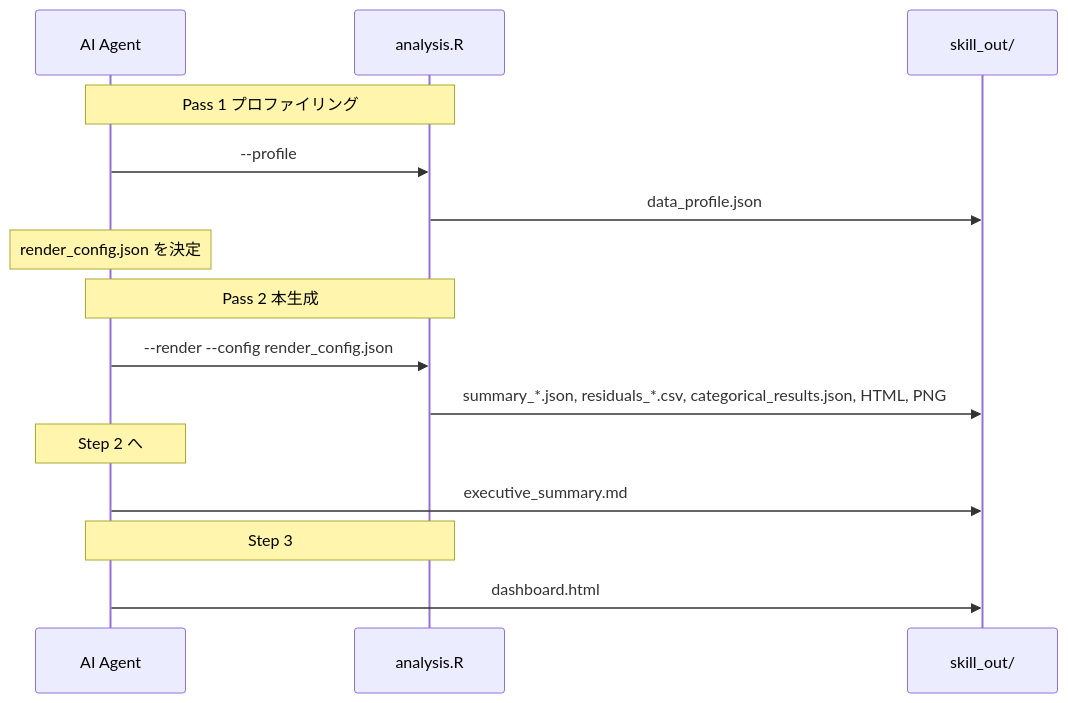
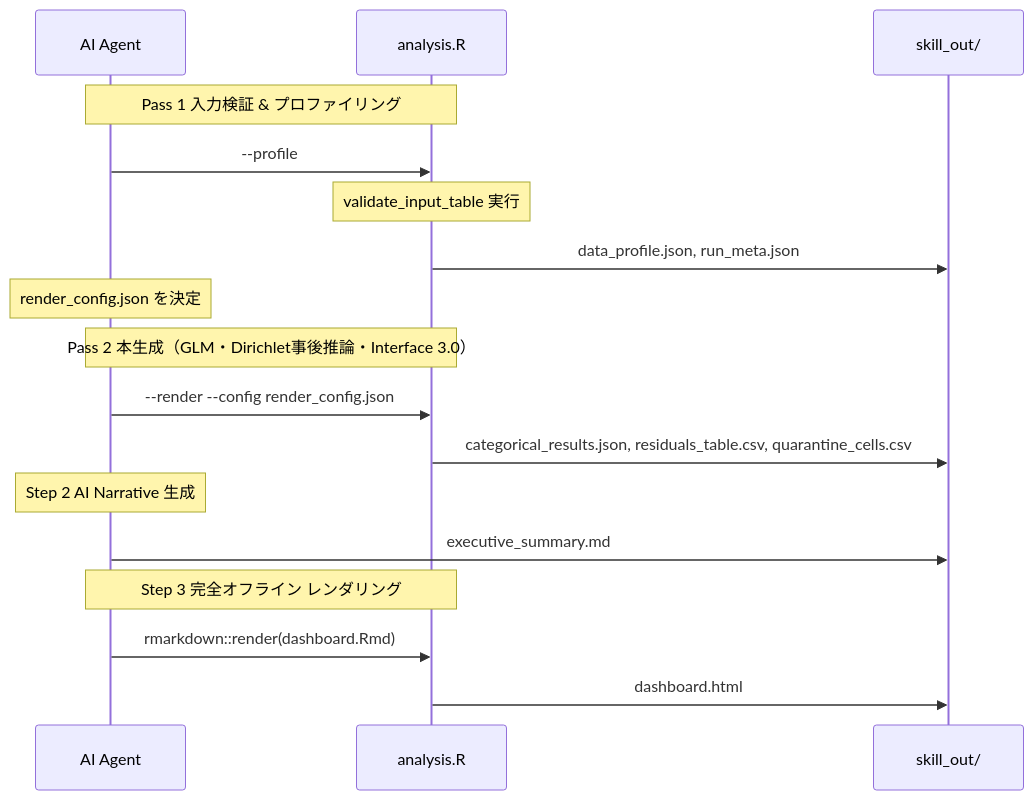
The second of 2 diagrams in .agents/skills/vcd-categorical-analysis/references/workflow.md (syrius2000/agentic-evidence-analysis), drawn with Mermaid before and after one commit. The commit also changed other lines of this file and 48 other files, not shown here.

Commit message:
feat: implement vcd-categorical-analysis-v4 with input validation, residual diagnostics, and offline dashboard support

````diff
--- a/.agents/skills/vcd-categorical-analysis/references/workflow.md
+++ b/.agents/skills/vcd-categorical-analysis/references/workflow.md
@@ -24,21 +33,23 @@
 ```mermaid
 sequenceDiagram
     participant AI as AI Agent
     participant R as analysis.R
     participant Out as skill_out/
 
-    Note over AI,R: Pass 1 プロファイリング
+    Note over AI,R: Pass 1 入力検証 & プロファイリング
     AI->>R: --profile
-    R->>Out: data_profile.json
+    Note over R: validate_input_table 実行
+    R->>Out: data_profile.json, run_meta.json
 
     Note over AI: render_config.json を決定
-    Note over AI,R: Pass 2 本生成
+    Note over AI,R: Pass 2 本生成（GLM・Dirichlet事後推論・Interface 3.0）
     AI->>R: --render --config render_config.json
-    R->>Out: summary_*.json, residuals_*.csv, categorical_results.json, HTML, PNG
+    R->>Out: categorical_results.json, residuals_table.csv, quarantine_cells.csv
 
-    Note over AI: Step 2 へ
+    Note over AI: Step 2 AI Narrative 生成
     AI->>Out: executive_summary.md
 
-    Note over AI,R: Step 3
-    AI->>Out: dashboard.html
+    Note over AI,R: Step 3 完全オフライン レンダリング
+    AI->>R: rmarkdown::render(dashboard.Rmd)
+    R->>Out: dashboard.html
 ```
````
